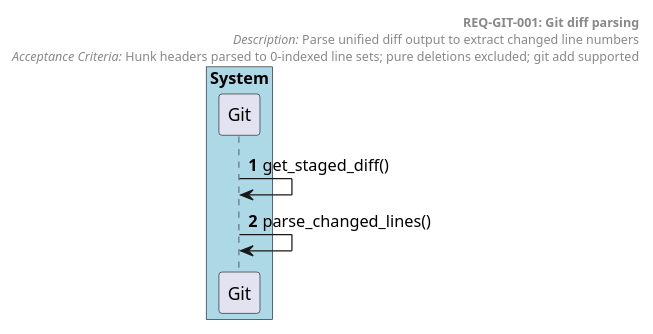
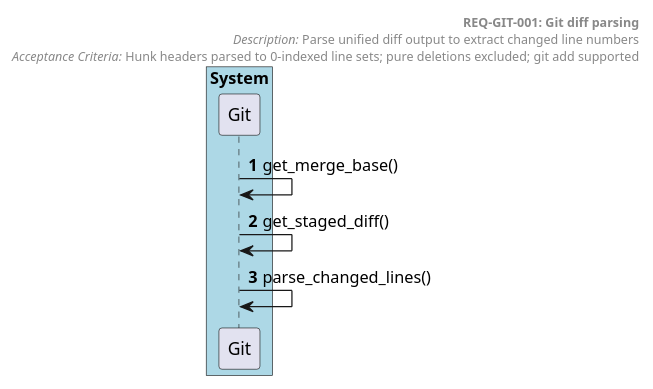
One commit to tvanfossen/doxygen-guard changed the diagram in docs/generated/sequences/REQ-GIT-001.puml. Above: the diagram before and after it, drawn with PlantUML. The commit also changed 5 other files, not shown here.

```diff
--- a/docs/generated/sequences/REQ-GIT-001.puml
+++ b/docs/generated/sequences/REQ-GIT-001.puml
@@ -1,18 +1,19 @@
 @startuml REQ-GIT-001 Git diff parsing
 autonumber
 
 box "System" #LightBlue
   participant "Git" as Git
 end box
 
 header
   **REQ-GIT-001: Git diff parsing**
   //Description:// Parse unified diff output to extract changed line numbers
   //Acceptance Criteria:// Hunk headers parsed to 0-indexed line sets; pure deletions excluded; git add supported
 end header
 
 
+Git -> Git: get_merge_base()
 Git -> Git: get_staged_diff()
 Git -> Git: parse_changed_lines()
 
 @enduml
```
